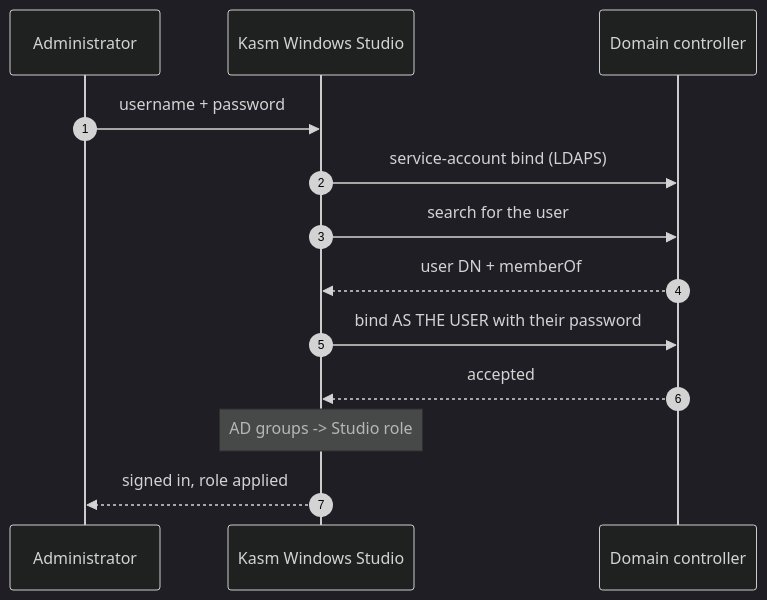
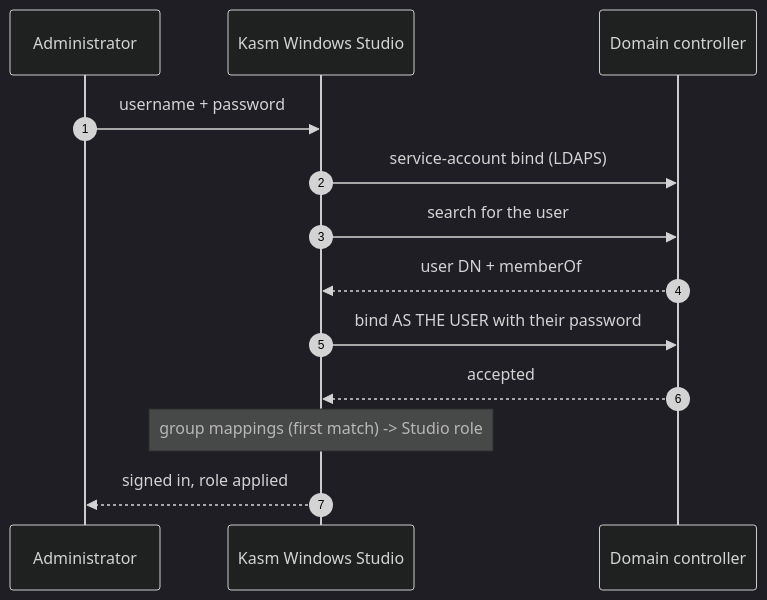
One commit to KasmInnovation/Kasm-windows-studio changed the diagram in docs/active-directory.md. Above: the diagram before and after it, drawn with Mermaid (dark theme). The commit also changed other lines of this file and 8 other files, not shown here.

First line of the commit message:
docs: tp-2026.11.11 — AD CA trust, realms, group mappings; correct stale claims

````diff
--- a/docs/active-directory.md
+++ b/docs/active-directory.md
@@ -7,16 +7,16 @@
 ```mermaid
 sequenceDiagram
     autonumber
     participant A as Administrator
     participant S as Kasm Windows Studio
     participant D as Domain controller
 
     A->>S: username + password
     S->>D: service-account bind (LDAPS)
     S->>D: search for the user
     D-->>S: user DN + memberOf
     S->>D: bind AS THE USER with their password
     D-->>S: accepted
-    Note over S: AD groups -> Studio role
+    Note over S: group mappings (first match) -> Studio role
     S-->>A: signed in, role applied
 ```
````
